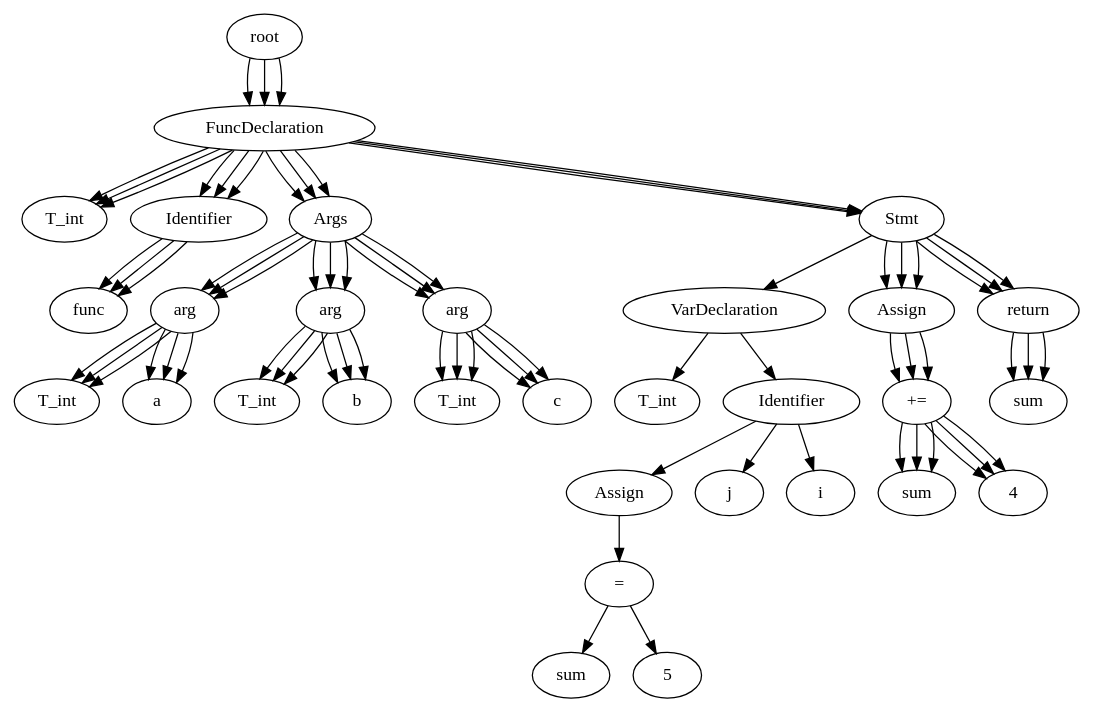
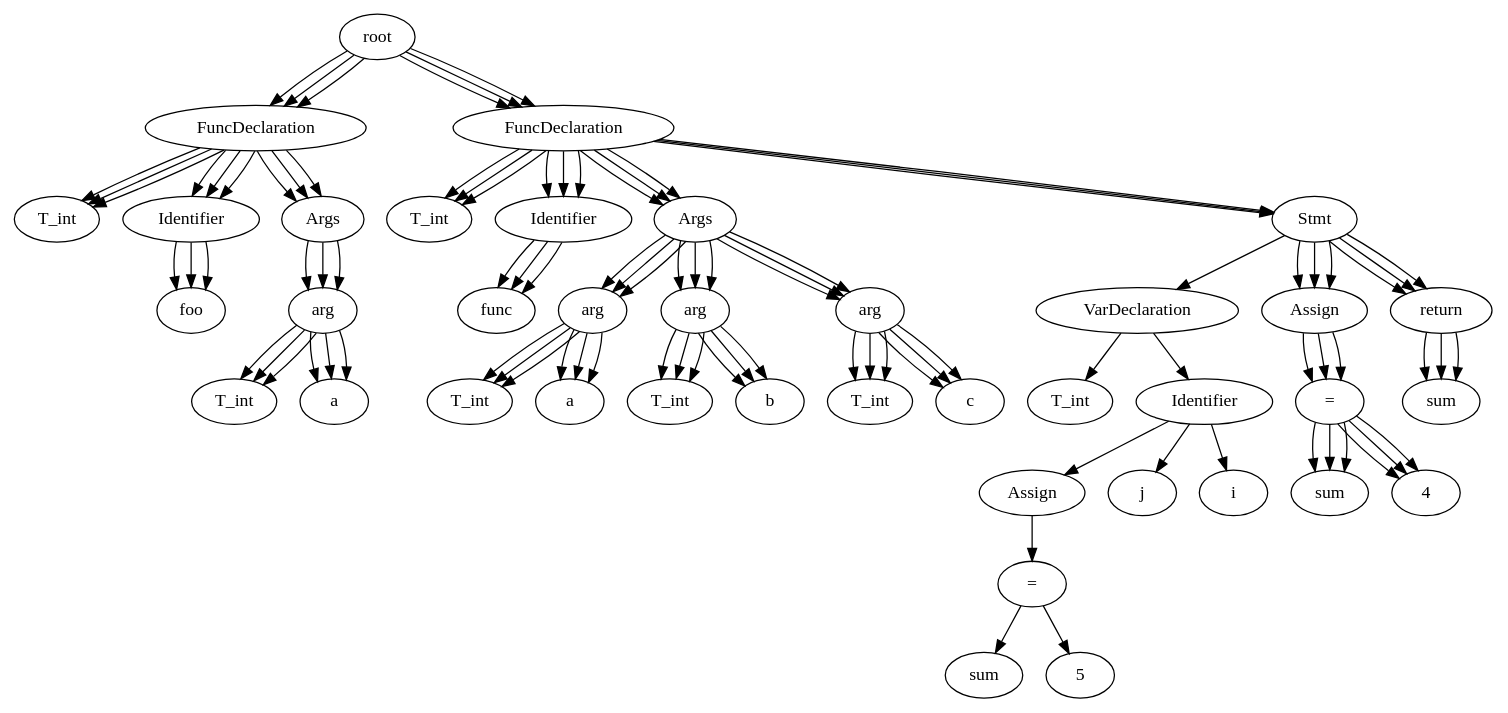
Before and after one commit to Jstar49/starCC: the diagram in test.gv, drawn with Graphviz. The commit also changed 8 other files, not shown here.

```diff
--- a/test.gv
+++ b/test.gv
@@ -1,150 +1,198 @@
 // root
 digraph {
 	None [label=root]
 	0 [label=FuncDeclaration]
 	None -> 0
 	1 [label=T_int]
 	0 -> 1
 	2 [label=Identifier]
 	0 -> 2
-	3 [label=func]
+	3 [label=foo]
 	2 -> 3
 	4 [label=Args]
 	0 -> 4
 	5 [label=arg]
 	4 -> 5
 	6 [label=T_int]
 	5 -> 6
 	7 [label=a]
 	5 -> 7
-	8 [label=arg]
-	4 -> 8
+	8 [label=FuncDeclaration]
+	None -> 8
 	9 [label=T_int]
 	8 -> 9
-	10 [label=b]
+	10 [label=Identifier]
 	8 -> 10
-	11 [label=arg]
-	4 -> 11
-	12 [label=T_int]
-	11 -> 12
-	13 [label=c]
-	11 -> 13
-	14 [label=Stmt]
-	0 -> 14
-	15 [label=VarDeclaration]
-	14 -> 15
-	16 [label=T_int]
-	15 -> 16
-	17 [label=Identifier]
-	15 -> 17
-	18 [label=Assign]
-	17 -> 18
-	20 [label="="]
-	18 -> 20
-	19 [label=sum]
-	20 -> 19
-	21 [label=5]
-	20 -> 21
-	22 [label=j]
-	17 -> 22
-	23 [label=i]
-	17 -> 23
-	24 [label=Assign]
-	14 -> 24
-	26 [label="+="]
-	24 -> 26
-	25 [label=sum]
-	26 -> 25
-	27 [label=4]
-	26 -> 27
-	28 [label=return]
-	14 -> 28
-	29 [label=sum]
+	11 [label=func]
+	10 -> 11
+	12 [label=Args]
+	8 -> 12
+	13 [label=arg]
+	12 -> 13
+	14 [label=T_int]
+	13 -> 14
+	15 [label=a]
+	13 -> 15
+	16 [label=arg]
+	12 -> 16
+	17 [label=T_int]
+	16 -> 17
+	18 [label=b]
+	16 -> 18
+	19 [label=arg]
+	12 -> 19
+	20 [label=T_int]
+	19 -> 20
+	21 [label=c]
+	19 -> 21
+	22 [label=Stmt]
+	8 -> 22
+	23 [label=VarDeclaration]
+	22 -> 23
+	24 [label=T_int]
+	23 -> 24
+	25 [label=Identifier]
+	23 -> 25
+	26 [label=Assign]
+	25 -> 26
+	28 [label="="]
+	26 -> 28
+	27 [label=sum]
+	28 -> 27
+	29 [label=5]
 	28 -> 29
+	30 [label=j]
+	25 -> 30
+	31 [label=i]
+	25 -> 31
+	32 [label=Assign]
+	22 -> 32
+	34 [label="="]
+	32 -> 34
+	33 [label=sum]
+	34 -> 33
+	35 [label=4]
+	34 -> 35
+	36 [label=return]
+	22 -> 36
+	37 [label=sum]
+	36 -> 37
 	None [label=root]
 	0 [label=FuncDeclaration]
 	None -> 0
 	1 [label=T_int]
 	0 -> 1
 	2 [label=Identifier]
 	0 -> 2
-	3 [label=func]
+	3 [label=foo]
 	2 -> 3
 	4 [label=Args]
 	0 -> 4
 	5 [label=arg]
 	4 -> 5
 	6 [label=T_int]
 	5 -> 6
 	7 [label=a]
 	5 -> 7
-	8 [label=arg]
-	4 -> 8
+	8 [label=FuncDeclaration]
+	None -> 8
 	9 [label=T_int]
 	8 -> 9
-	10 [label=b]
+	10 [label=Identifier]
 	8 -> 10
-	11 [label=arg]
-	4 -> 11
-	12 [label=T_int]
-	11 -> 12
-	13 [label=c]
-	11 -> 13
-	14 [label=Stmt]
-	0 -> 14
-	24 [label=Assign]
-	14 -> 24
-	26 [label="+="]
-	24 -> 26
-	25 [label=sum]
-	26 -> 25
-	27 [label=4]
-	26 -> 27
-	28 [label=return]
-	14 -> 28
-	29 [label=sum]
-	28 -> 29
+	11 [label=func]
+	10 -> 11
+	12 [label=Args]
+	8 -> 12
+	13 [label=arg]
+	12 -> 13
+	14 [label=T_int]
+	13 -> 14
+	15 [label=a]
+	13 -> 15
+	16 [label=arg]
+	12 -> 16
+	17 [label=T_int]
+	16 -> 17
+	18 [label=b]
+	16 -> 18
+	19 [label=arg]
+	12 -> 19
+	20 [label=T_int]
+	19 -> 20
+	21 [label=c]
+	19 -> 21
+	22 [label=Stmt]
+	8 -> 22
+	32 [label=Assign]
+	22 -> 32
+	34 [label="="]
+	32 -> 34
+	33 [label=sum]
+	34 -> 33
+	35 [label=4]
+	34 -> 35
+	36 [label=return]
+	22 -> 36
+	37 [label=sum]
+	36 -> 37
 	None [label=root]
 	0 [label=FuncDeclaration]
 	None -> 0
 	1 [label=T_int]
 	0 -> 1
 	2 [label=Identifier]
 	0 -> 2
-	3 [label=func]
+	3 [label=foo]
 	2 -> 3
 	4 [label=Args]
 	0 -> 4
 	5 [label=arg]
 	4 -> 5
 	6 [label=T_int]
 	5 -> 6
 	7 [label=a]
 	5 -> 7
-	8 [label=arg]
-	4 -> 8
+	8 [label=FuncDeclaration]
+	None -> 8
 	9 [label=T_int]
 	8 -> 9
-	10 [label=b]
+	10 [label=Identifier]
 	8 -> 10
-	11 [label=arg]
-	4 -> 11
-	12 [label=T_int]
-	11 -> 12
-	13 [label=c]
-	11 -> 13
-	14 [label=Stmt]
-	0 -> 14
-	24 [label=Assign]
-	14 -> 24
-	26 [label="+="]
-	24 -> 26
-	25 [label=sum]
-	26 -> 25
-	27 [label=4]
-	26 -> 27
-	28 [label=return]
-	14 -> 28
-	29 [label=sum]
-	28 -> 29
+	11 [label=func]
+	10 -> 11
+	12 [label=Args]
+	8 -> 12
+	13 [label=arg]
+	12 -> 13
+	14 [label=T_int]
+	13 -> 14
+	15 [label=a]
+	13 -> 15
+	16 [label=arg]
+	12 -> 16
+	17 [label=T_int]
+	16 -> 17
+	18 [label=b]
+	16 -> 18
+	19 [label=arg]
+	12 -> 19
+	20 [label=T_int]
+	19 -> 20
+	21 [label=c]
+	19 -> 21
+	22 [label=Stmt]
+	8 -> 22
+	32 [label=Assign]
+	22 -> 32
+	34 [label="="]
+	32 -> 34
+	33 [label=sum]
+	34 -> 33
+	35 [label=4]
+	34 -> 35
+	36 [label=return]
+	22 -> 36
+	37 [label=sum]
+	36 -> 37
 }
```
